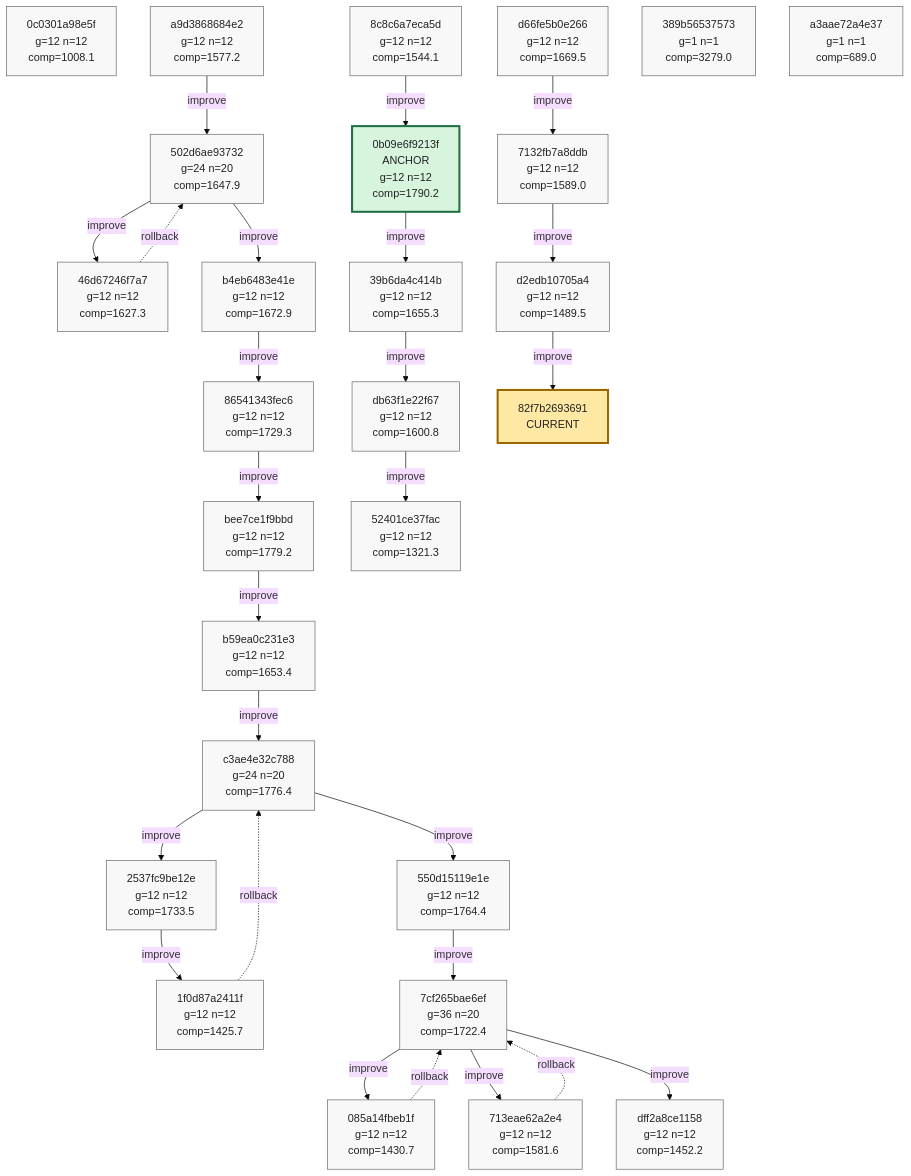
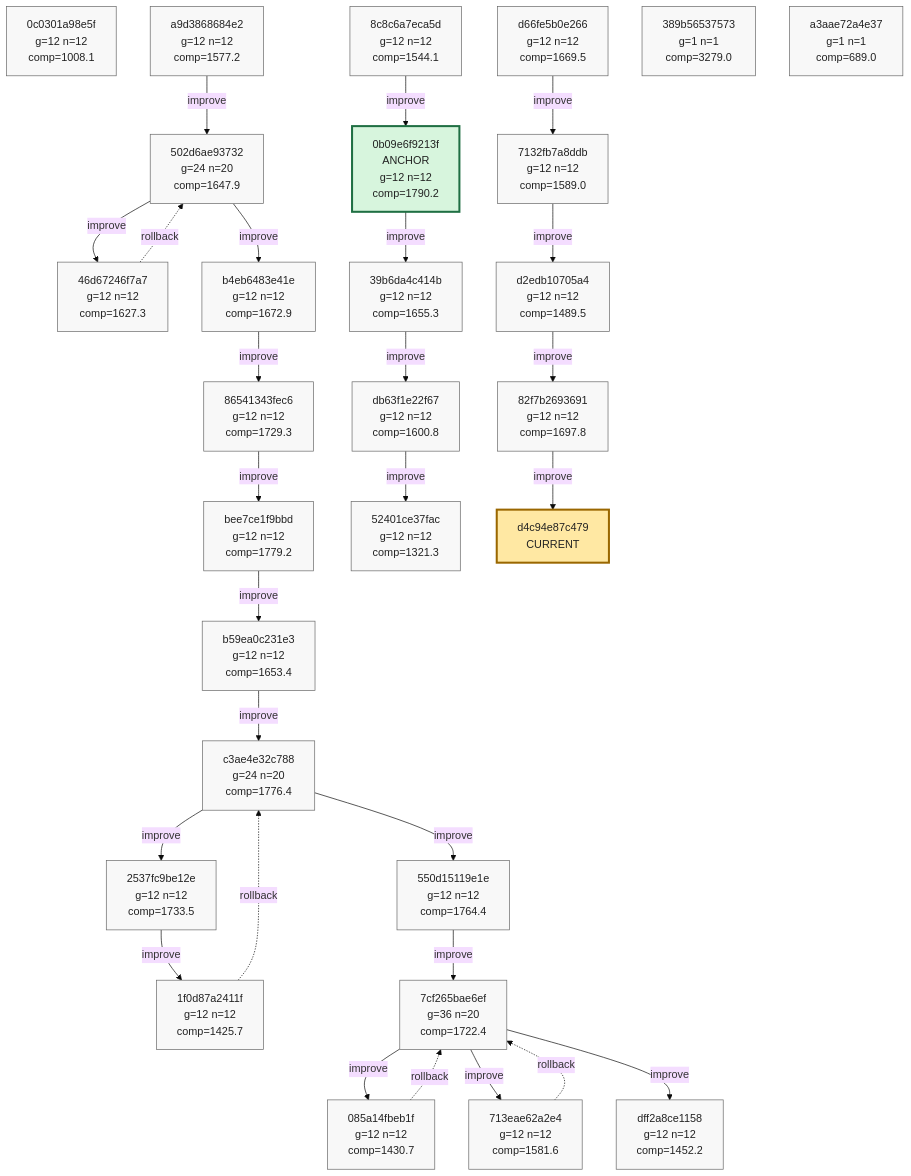
Before and after one commit to azumag/soviet_now: the tenth of 10 diagrams in phyrogenetic-tree.md, drawn with Mermaid (base theme). The commit also changed other lines of this file and 2 other files, not shown here.

Commit message:
eloop Improve after 12 games (scores: 1873 2265 1987 1481 1380 1205 1336 1743 2496 2023 1788 2907)

````diff
--- a/phyrogenetic-tree.md
+++ b/phyrogenetic-tree.md
@@ -2561,9 +2558,10 @@
     h_d66fe5b0e266["d66fe5b0e266<br/>g=12 n=12<br/>comp=1669.5"]
     h_7132fb7a8ddb["7132fb7a8ddb<br/>g=12 n=12<br/>comp=1589.0"]
     h_d2edb10705a4["d2edb10705a4<br/>g=12 n=12<br/>comp=1489.5"]
+    h_82f7b2693691["82f7b2693691<br/>g=12 n=12<br/>comp=1697.8"]
     h_389b56537573["389b56537573<br/>g=1 n=1<br/>comp=3279.0"]
     h_a3aae72a4e37["a3aae72a4e37<br/>g=1 n=1<br/>comp=689.0"]
-    h_82f7b2693691["82f7b2693691<br/>CURRENT"]
+    h_d4c94e87c479["d4c94e87c479<br/>CURRENT"]
 
     h_a9d3868684e2 -->|improve| h_502d6ae93732
     h_502d6ae93732 -->|improve| h_46d67246f7a7
@@ -2590,6 +2588,7 @@
     h_d66fe5b0e266 -->|improve| h_7132fb7a8ddb
     h_7132fb7a8ddb -->|improve| h_d2edb10705a4
     h_d2edb10705a4 -->|improve| h_82f7b2693691
+    h_82f7b2693691 -->|improve| h_d4c94e87c479
 
     classDef plain fill:#f8f8f8,stroke:#666,stroke-width:1px,color:#222;
     classDef current fill:#ffe8a3,stroke:#9a6700,stroke-width:3px,color:#222;
@@ -2620,7 +2619,8 @@
     class h_d66fe5b0e266 plain;
     class h_7132fb7a8ddb plain;
     class h_d2edb10705a4 plain;
+    class h_82f7b2693691 plain;
     class h_389b56537573 plain;
     class h_a3aae72a4e37 plain;
-    class h_82f7b2693691 current;
+    class h_d4c94e87c479 current;
 ```
````
